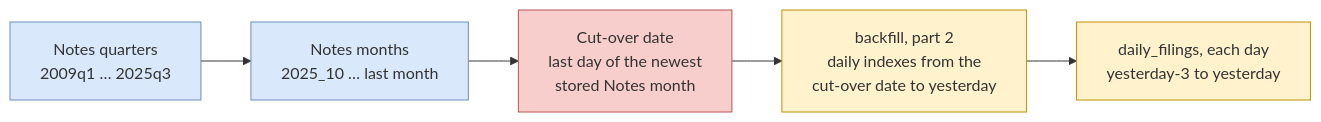
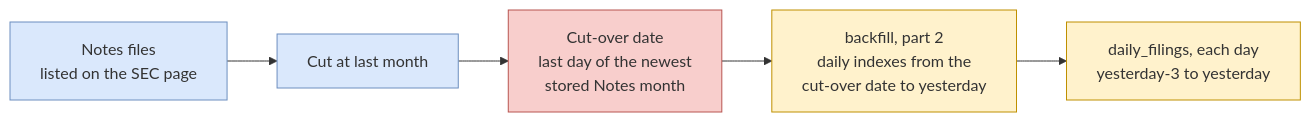
The third of 4 diagrams in sec/design/pipeline/extraction_overview.md (ironcapitaleu/arkad), drawn with Mermaid before and after one commit. The commit also changed other lines of this file and 6 other files, not shown here.

First line of the commit message:
doc(sec): describe the page-based Notes periods in every design doc

````diff
--- a/sec/design/pipeline/extraction_overview.md
+++ b/sec/design/pipeline/extraction_overview.md
@@ -195,11 +195,11 @@
 ```mermaid
 flowchart LR
     classDef notes fill:#dae8fc,stroke:#6c8ebf
     classDef daily fill:#fff2cc,stroke:#bf9000
     classDef cut fill:#f8cecc,stroke:#b85450
 
-    Q["Notes quarters<br/>2009q1 … 2025q3"]:::notes --> M["Notes months<br/>2025_10 … last month"]:::notes
+    Q["Notes files<br/>listed on the SEC page"]:::notes --> M["Cut at last month"]:::notes
     M --> C["Cut-over date<br/>last day of the newest<br/>stored Notes month"]:::cut
     C --> K["backfill, part 2<br/>daily indexes from the<br/>cut-over date to yesterday"]:::daily
     K --> W["daily_filings, each day<br/>yesterday-3 to yesterday"]:::daily
 ```
````
